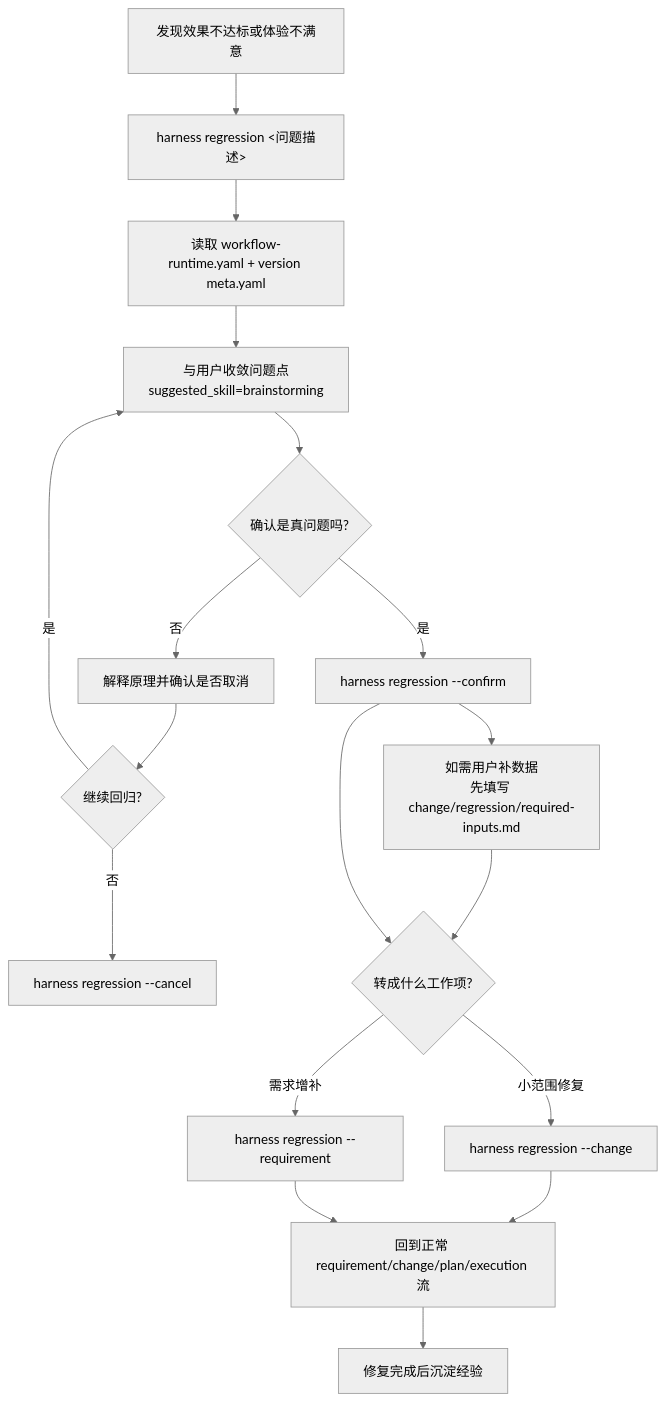
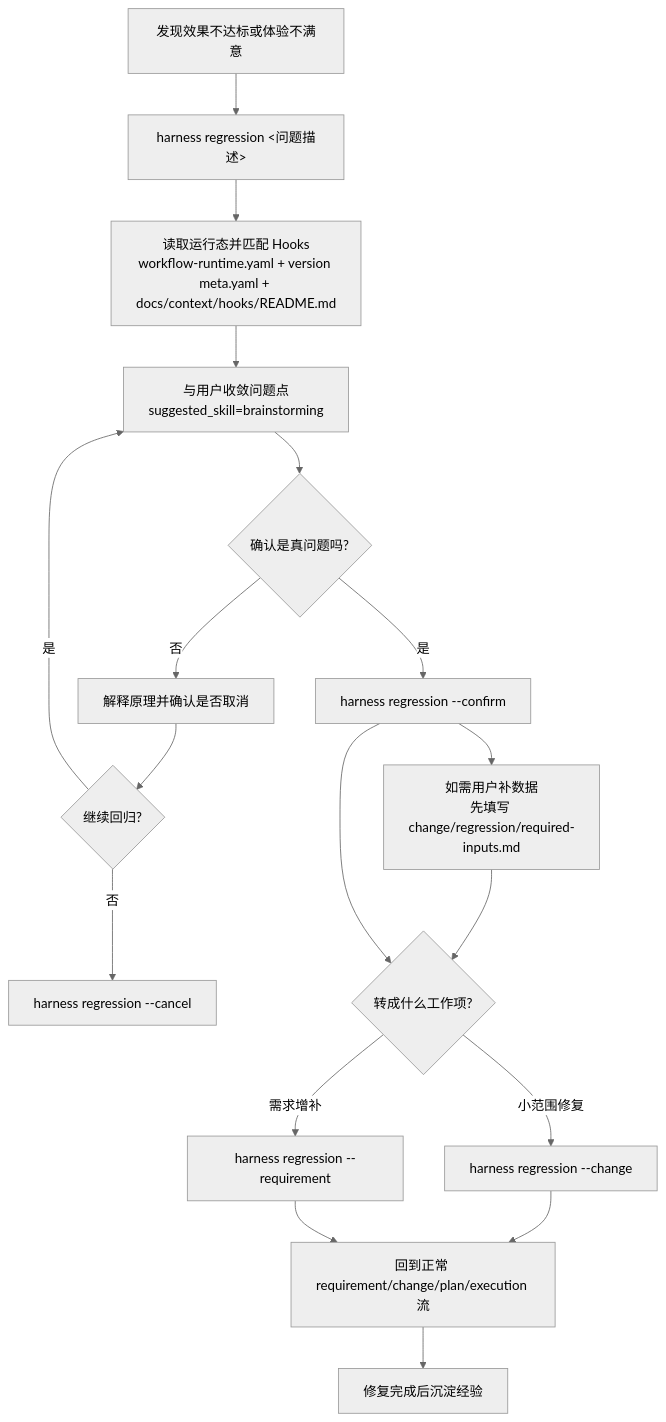
One commit to togally/harness-workflow changed the second of 4 diagrams in README.md. Above: the diagram before and after it, drawn with Mermaid (neutral theme). The commit also changed other lines of this file and 17 other files, not shown here.

Commit message:
Restructure workflow hooks by invocation timing

````diff
--- a/README.md
+++ b/README.md
@@ -326,20 +330,20 @@
 ```mermaid
 flowchart TD
     A["发现效果不达标或体验不满意"] --> B["harness regression <问题描述>"]
-    B --> C["读取 workflow-runtime.yaml + version meta.yaml"]
+    B --> C["读取运行态并匹配 Hooks<br/>workflow-runtime.yaml + version meta.yaml + docs/context/hooks/README.md"]
     C --> D["与用户收敛问题点<br/>suggested_skill=brainstorming"]
     D --> E{"确认是真问题吗?"}
     E -->|否| F["解释原理并确认是否取消"]
     F --> G{"继续回归?"}
     G -->|否| H["harness regression --cancel"]
     G -->|是| D
     E -->|是| I["harness regression --confirm"]
     I --> I2["如需用户补数据<br/>先填写 change/regression/required-inputs.md"]
     I2 --> J
     I --> J{"转成什么工作项?"}
     J -->|小范围修复| K["harness regression --change"]
     J -->|需求增补| L["harness regression --requirement"]
     K --> M["回到正常 requirement/change/plan/execution 流"]
     L --> M
     M --> N["修复完成后沉淀经验"]
 ```
````
